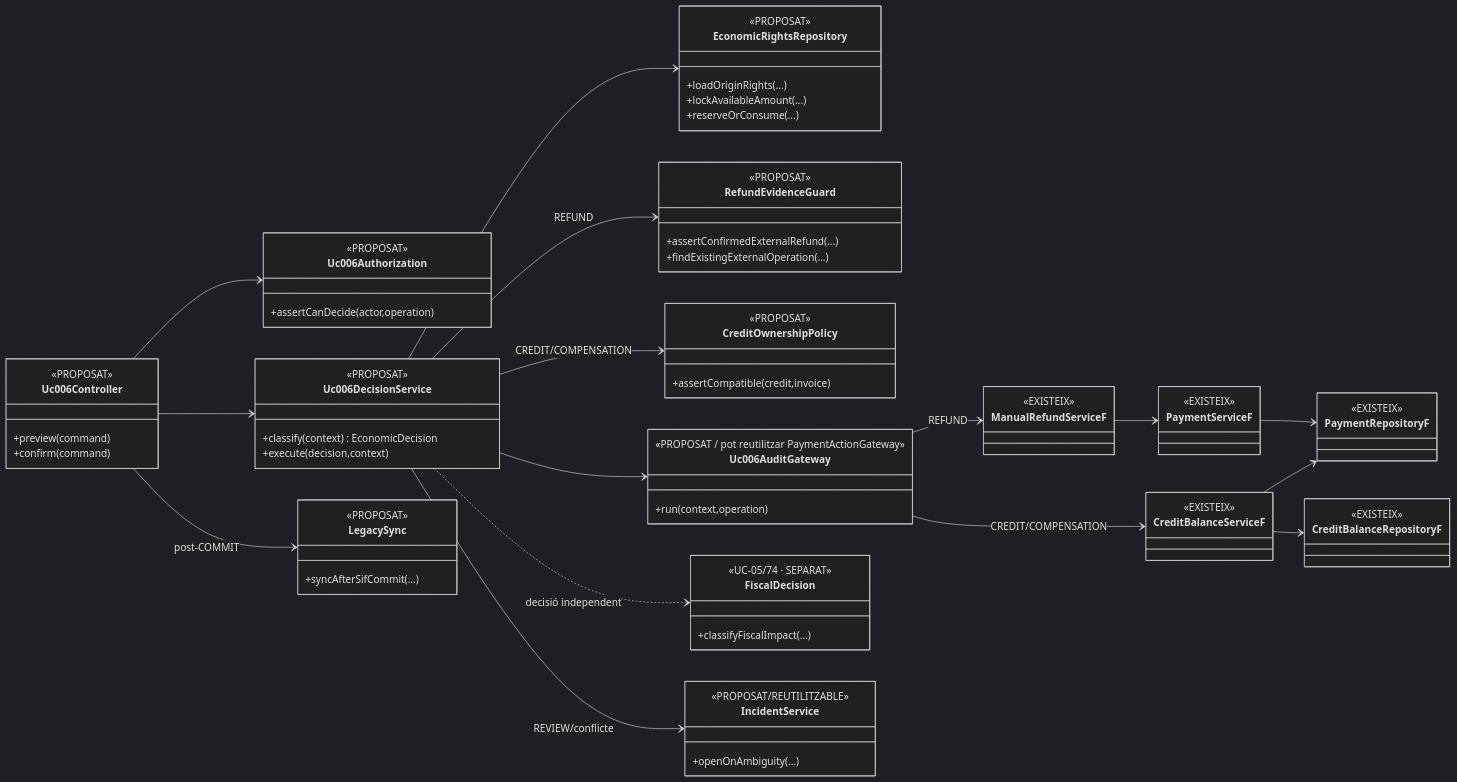
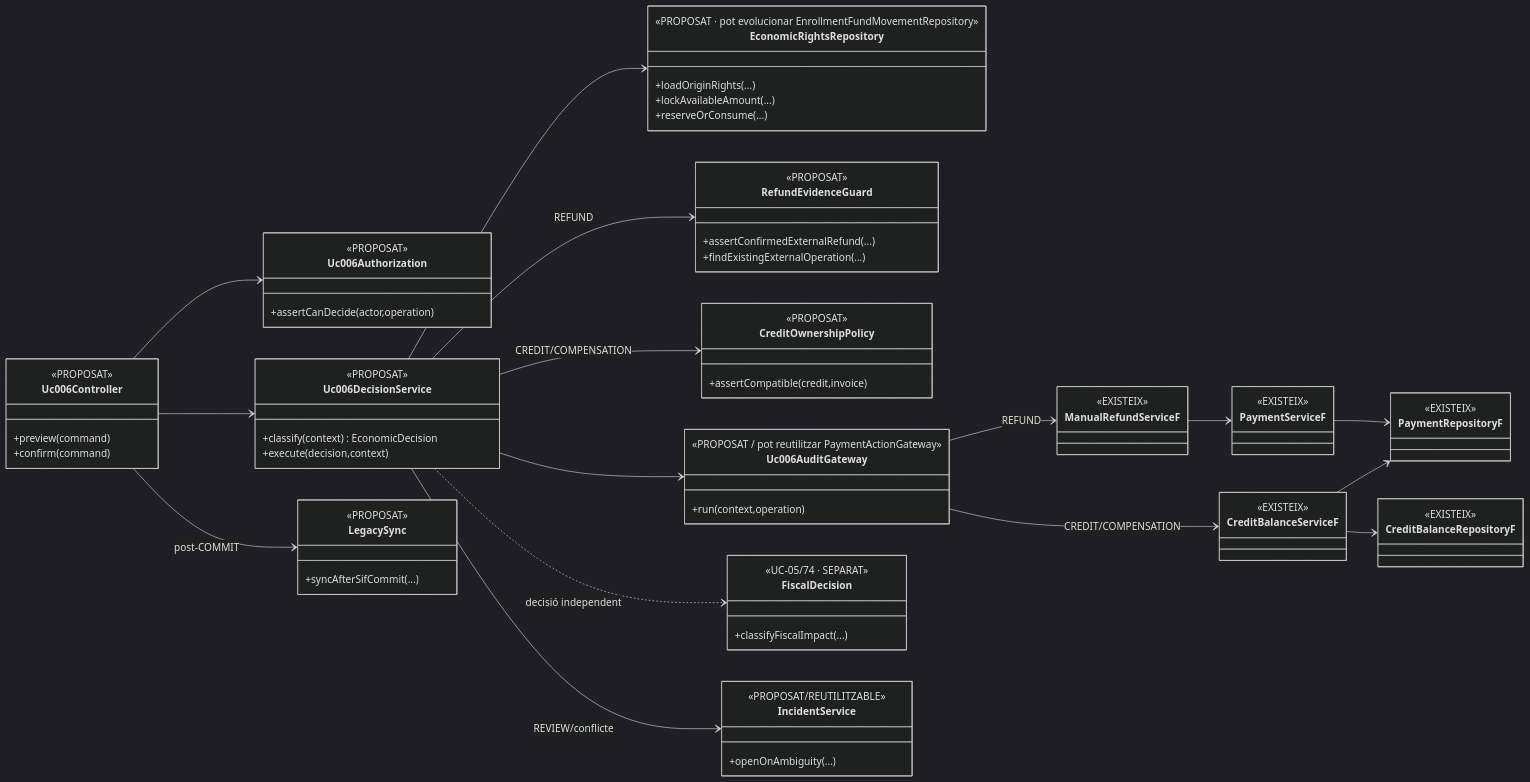
The fifth of 5 diagrams in documentacio/07-uml-integrat/uc-006-classes-actual-final.md (orgmeriemprismacat-del/verifactu), drawn with Mermaid (dark theme) before and after one commit. The commit also changed other lines of this file, not shown here.

````diff
--- a/documentacio/07-uml-integrat/uc-006-classes-actual-final.md
+++ b/documentacio/07-uml-integrat/uc-006-classes-actual-final.md
@@ -260,81 +302,81 @@
 ```mermaid
 classDiagram
 direction LR
 
 class Uc006Controller {
   <<PROPOSAT>>
   +preview(command)
   +confirm(command)
 }
 class Uc006Authorization {
   <<PROPOSAT>>
   +assertCanDecide(actor,operation)
 }
 class Uc006DecisionService {
   <<PROPOSAT>>
   +classify(context) EconomicDecision
   +execute(decision,context)
 }
 class EconomicRightsRepository {
-  <<PROPOSAT>>
+  <<PROPOSAT · pot evolucionar EnrollmentFundMovementRepository>>
   +loadOriginRights(...)
   +lockAvailableAmount(...)
   +reserveOrConsume(...)
 }
 class RefundEvidenceGuard {
   <<PROPOSAT>>
   +assertConfirmedExternalRefund(...)
   +findExistingExternalOperation(...)
 }
 class CreditOwnershipPolicy {
   <<PROPOSAT>>
   +assertCompatible(credit,invoice)
 }
 class Uc006AuditGateway {
   <<PROPOSAT / pot reutilitzar PaymentActionGateway>>
   +run(context,operation)
 }
 class ManualRefundServiceF {
   <<EXISTEIX>>
 }
 class CreditBalanceServiceF {
   <<EXISTEIX>>
 }
 class PaymentServiceF {
   <<EXISTEIX>>
 }
 class PaymentRepositoryF {
   <<EXISTEIX>>
 }
 class CreditBalanceRepositoryF {
   <<EXISTEIX>>
 }
 class FiscalDecision {
   <<UC-05/74 · SEPARAT>>
   +classifyFiscalImpact(...)
 }
 class LegacySync {
   <<PROPOSAT>>
   +syncAfterSifCommit(...)
 }
 class IncidentService {
   <<PROPOSAT/REUTILITZABLE>>
   +openOnAmbiguity(...)
 }
 
 Uc006Controller --> Uc006Authorization
 Uc006Controller --> Uc006DecisionService
 Uc006DecisionService --> EconomicRightsRepository
 Uc006DecisionService --> RefundEvidenceGuard : REFUND
 Uc006DecisionService --> CreditOwnershipPolicy : CREDIT/COMPENSATION
 Uc006DecisionService --> Uc006AuditGateway
 Uc006AuditGateway --> ManualRefundServiceF : REFUND
 Uc006AuditGateway --> CreditBalanceServiceF : CREDIT/COMPENSATION
 ManualRefundServiceF --> PaymentServiceF
 PaymentServiceF --> PaymentRepositoryF
 CreditBalanceServiceF --> CreditBalanceRepositoryF
 CreditBalanceServiceF --> PaymentRepositoryF
 Uc006DecisionService ..> FiscalDecision : decisió independent
 Uc006Controller --> LegacySync : post-COMMIT
 Uc006DecisionService --> IncidentService : REVIEW/conflicte
 ```
````
